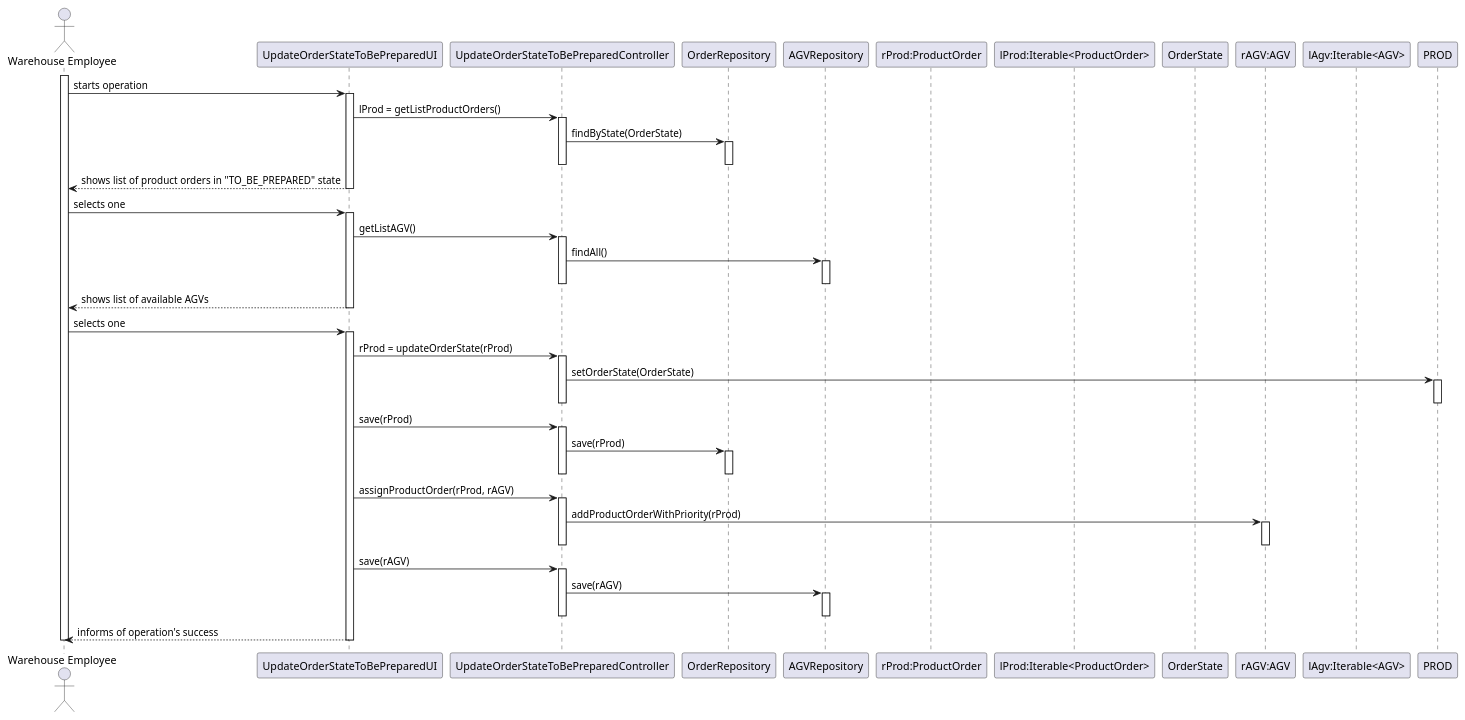
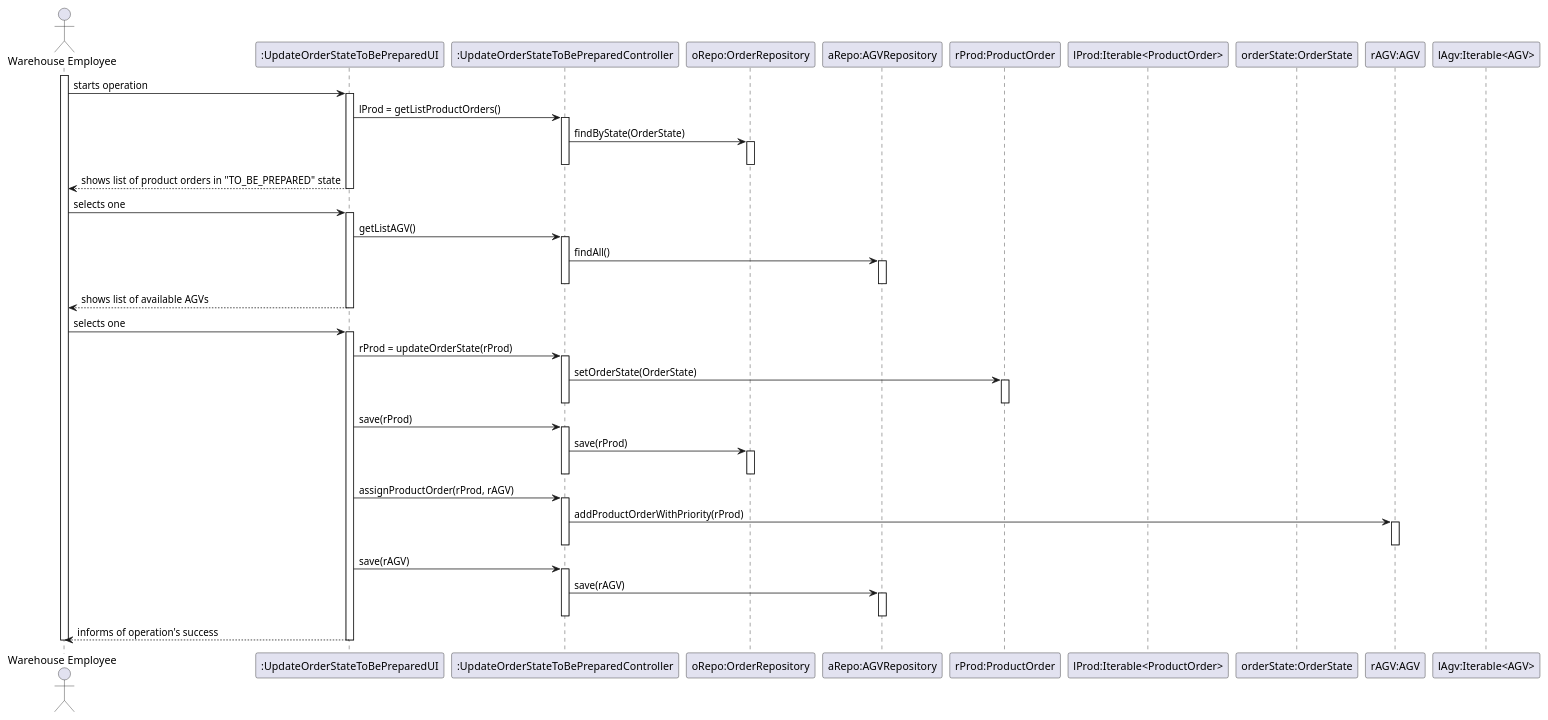
Before and after one commit to RuiRioPina/LAPR4-21-22: the diagram in docs/1191008/US2003/US2003_SD.puml, drawn with PlantUML.

Commit message:
#30 [US2003] [Design] Updated diagrams

```diff
--- a/docs/1191008/US2003/US2003_SD.puml
+++ b/docs/1191008/US2003/US2003_SD.puml
@@ -1,72 +1,72 @@
 @startuml
 
 actor "Warehouse Employee" as ACT
 
-participant "UpdateOrderStateToBePreparedUI" as UI
-participant "UpdateOrderStateToBePreparedController" as CTRL
+participant ":UpdateOrderStateToBePreparedUI" as UI
+participant ":UpdateOrderStateToBePreparedController" as CTRL
 
-participant "OrderRepository" as OREPO
-participant "AGVRepository" as AREPO
+participant "oRepo:OrderRepository" as OREPO
+participant "aRepo:AGVRepository" as AREPO
 
 participant "rProd:ProductOrder" as ORDER
 participant "lProd:Iterable<ProductOrder>" as IORDER
-participant "OrderState" as STATE
+participant "orderState:OrderState" as STATE
 
 participant "rAGV:AGV" as AGV
 participant "lAgv:Iterable<AGV>" as IAGV
 
 activate ACT
 ACT -> UI : starts operation
 activate UI
 UI -> CTRL : lProd = getListProductOrders()
 activate CTRL
 CTRL -> OREPO : findByState(OrderState)
 activate OREPO
 deactivate OREPO
 deactivate CTRL
 UI --> ACT : shows list of product orders in "TO_BE_PREPARED" state
 deactivate UI
 
 ACT -> UI : selects one
 activate UI
 UI -> CTRL : getListAGV()
 activate CTRL
 CTRL -> AREPO : findAll()
 activate AREPO
 deactivate AREPO
 deactivate CTRL
 UI --> ACT : shows list of available AGVs
 deactivate UI
 
 ACT -> UI : selects one
 activate UI
 UI -> CTRL : rProd = updateOrderState(rProd)
 activate CTRL
-CTRL -> PROD : setOrderState(OrderState)
-activate PROD
-deactivate PROD
+CTRL -> ORDER : setOrderState(OrderState)
+activate ORDER
+deactivate ORDER
 deactivate CTRL
 UI -> CTRL : save(rProd)
 activate CTRL
 CTRL -> OREPO : save(rProd)
 activate OREPO
 deactivate OREPO
 deactivate CTRL
 UI -> CTRL : assignProductOrder(rProd, rAGV)
 activate CTRL
 CTRL -> AGV : addProductOrderWithPriority(rProd)
 activate AGV
 deactivate AGV
 deactivate CTRL
 UI -> CTRL : save(rAGV)
 activate CTRL
 CTRL -> AREPO : save(rAGV)
 activate AREPO
 deactivate AREPO
 deactivate CTRL
 UI --> ACT : informs of operation's success
 deactivate UI
 deactivate ACT
 
 
 @enduml
```
